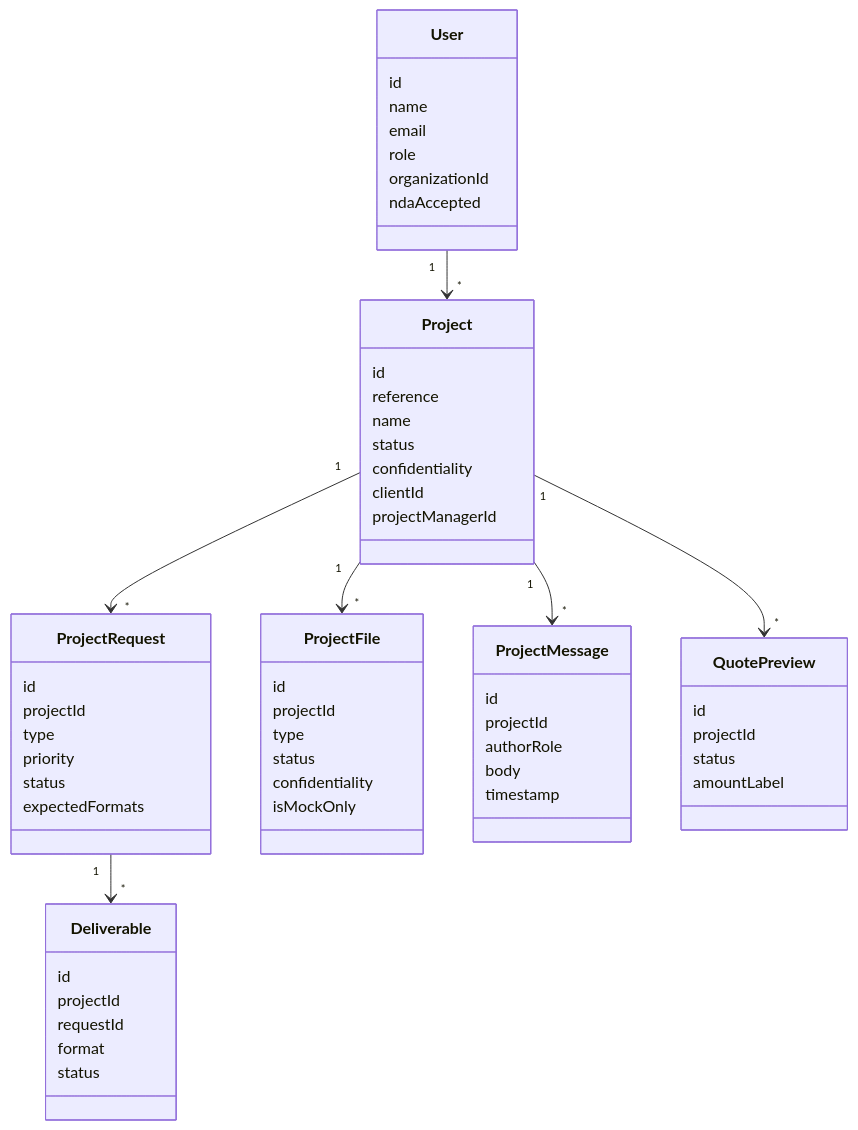
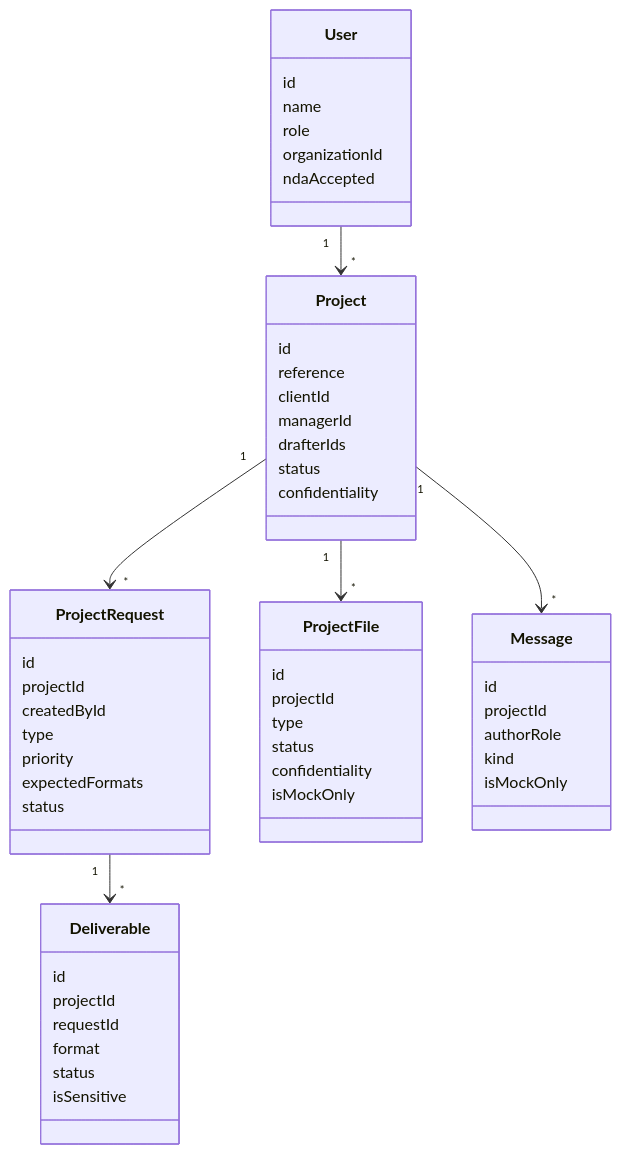
Before and after one commit to RAYAN-DOB/vellum: the diagram in docs/data-model.md, drawn with Mermaid. The commit also changed other lines of this file and 42 other files, not shown here.

Commit message:
Rebuild visual identity with architectural premium UI

````diff
--- a/docs/data-model.md
+++ b/docs/data-model.md
@@ -5,62 +5,56 @@
 ```mermaid
 classDiagram
   class User {
     id
     name
-    email
     role
     organizationId
     ndaAccepted
   }
   class Project {
     id
     reference
-    name
+    clientId
+    managerId
+    drafterIds
     status
     confidentiality
-    clientId
-    projectManagerId
   }
   class ProjectRequest {
     id
     projectId
+    createdById
     type
     priority
+    expectedFormats
     status
-    expectedFormats
   }
   class ProjectFile {
     id
     projectId
     type
     status
     confidentiality
     isMockOnly
   }
-  class ProjectMessage {
+  class Message {
     id
     projectId
     authorRole
-    body
-    timestamp
+    kind
+    isMockOnly
   }
   class Deliverable {
     id
     projectId
     requestId
     format
     status
-  }
-  class QuotePreview {
-    id
-    projectId
-    status
-    amountLabel
+    isSensitive
   }
   User "1" --> "*" Project
   Project "1" --> "*" ProjectRequest
   Project "1" --> "*" ProjectFile
-  Project "1" --> "*" ProjectMessage
+  Project "1" --> "*" Message
   ProjectRequest "1" --> "*" Deliverable
-  Project "1" --> "*" QuotePreview
 ```
````
